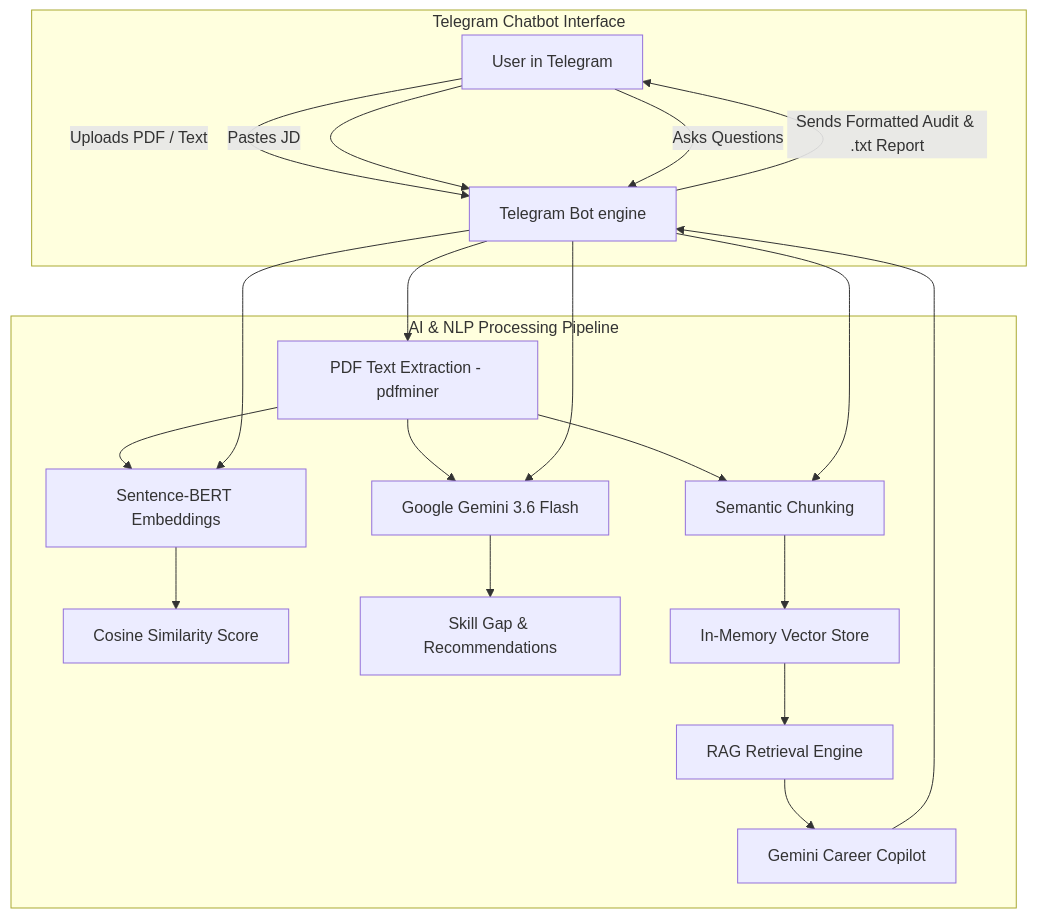
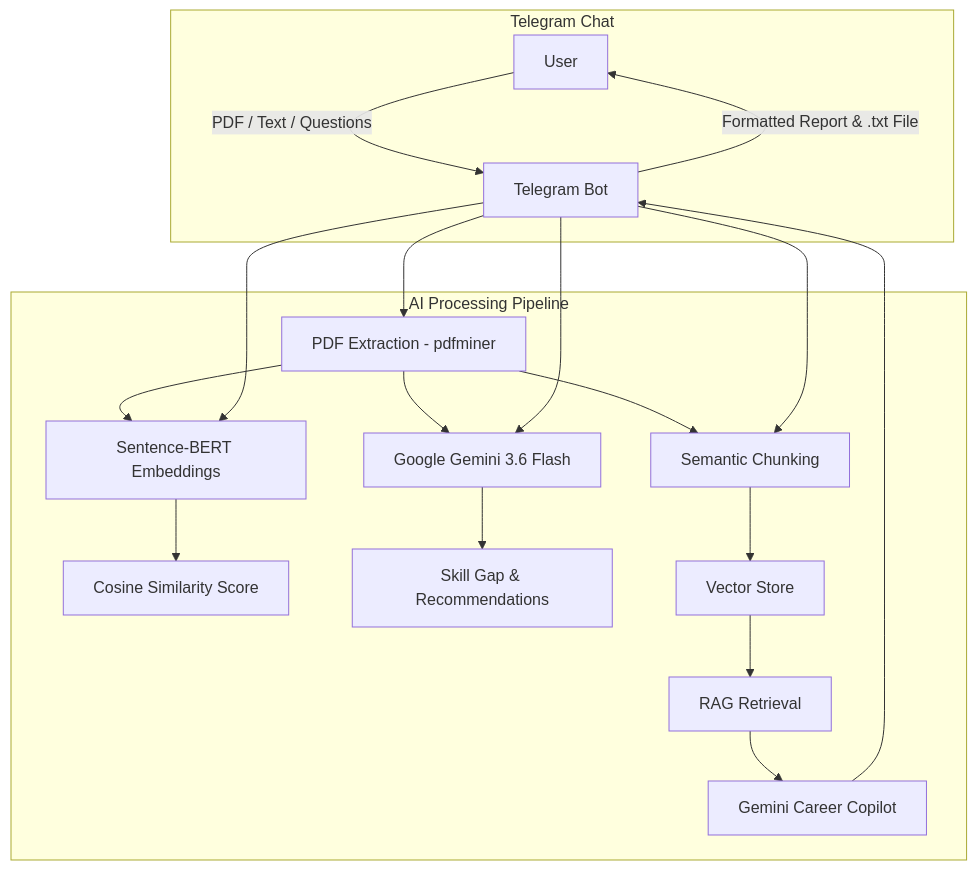
The diagram in README.md (Sivaram1024/ATS_score), drawn with Mermaid before and after one commit. The commit also changed other lines of this file and 25 other files, not shown here.

First line of the commit message:
refactor: remove Flask web portal, keep only Telegram Chatbot interface

````diff
--- a/README.md
+++ b/README.md
@@ -75,27 +65,25 @@
 ```mermaid
 flowchart TD
-  subgraph Telegram_Interface [Telegram Chatbot Interface]
-    U[User in Telegram] -->|Uploads PDF / Text| TB[Telegram Bot engine]
-    U -->|Pastes JD| TB
-    U -->|Asks Questions| TB
-    TB -->|Sends Formatted Audit & .txt Report| U
+  subgraph Telegram [Telegram Chat]
+    U[User] -->|PDF / Text / Questions| BOT[Telegram Bot]
+    BOT -->|Formatted Report & .txt File| U
   end
 
-  subgraph Processing_Pipeline [AI & NLP Processing Pipeline]
-    TB --> PE[PDF Text Extraction - pdfminer]
-    PE --> SB[Sentence-BERT Embeddings]
-    TB --> SB
-    SB --> SIM[Cosine Similarity Score]
-    
-    PE --> GEM[Google Gemini 3.6 Flash]
-    TB --> GEM
+  subgraph Pipeline [AI Processing Pipeline]
+    BOT --> PDF[PDF Extraction - pdfminer]
+    PDF --> BERT[Sentence-BERT Embeddings]
+    BOT --> BERT
+    BERT --> SIM[Cosine Similarity Score]
+
+    PDF --> GEM[Google Gemini 3.6 Flash]
+    BOT --> GEM
     GEM --> SKILLS[Skill Gap & Recommendations]
-    
-    PE --> CHUNK[Semantic Chunking]
-    TB --> CHUNK
-    CHUNK --> VEC[In-Memory Vector Store]
-    VEC --> RAG[RAG Retrieval Engine]
+
+    PDF --> CHUNK[Semantic Chunking]
+    BOT --> CHUNK
+    CHUNK --> VEC[Vector Store]
+    VEC --> RAG[RAG Retrieval]
     RAG --> COPILOT[Gemini Career Copilot]
-    COPILOT --> TB
+    COPILOT --> BOT
   end
 ```
````
